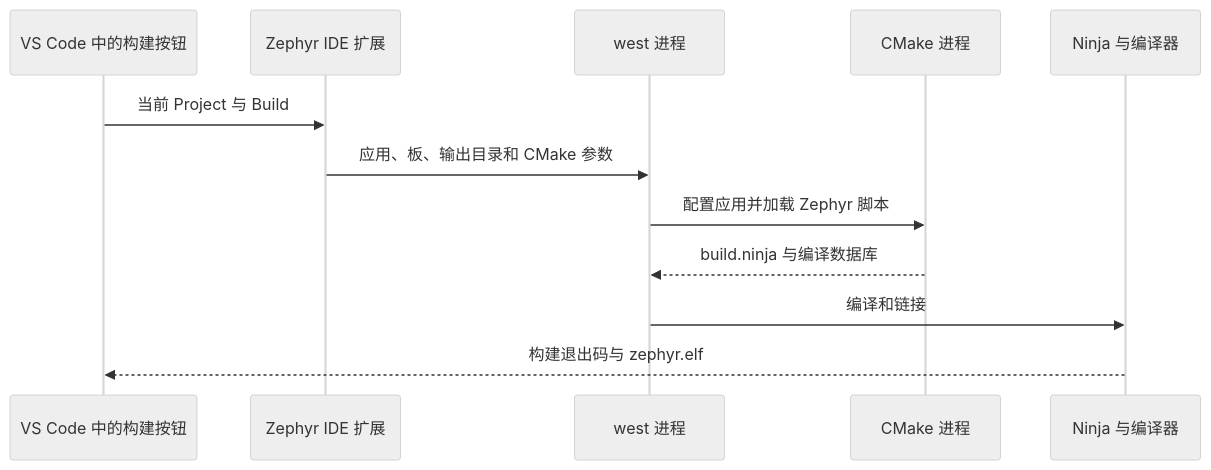
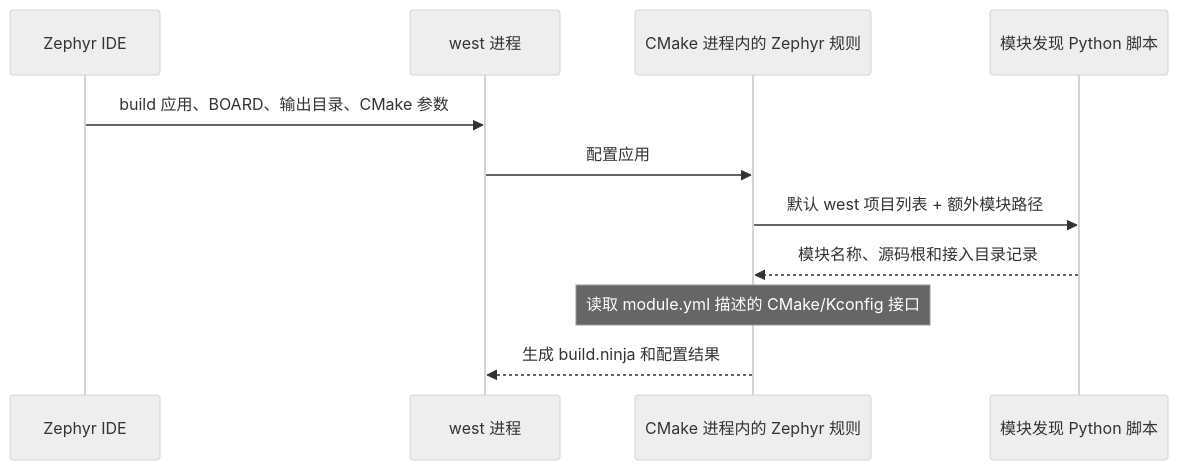
The second of 2 diagrams in learning/zephyr_vscode/P001_VSCode_Zephyr_IDE接入已有工程_Windows.md (FormingSystem/zephyr_hc32f4a0), drawn with Mermaid (neutral theme) before and after one commit. The commit also changed other lines of this file and 475 other files, not shown here.

First line of the commit message:
content(learning/zephyr-ide): 按原生工程输入讲清插件的从零使用流程

````diff
--- a/learning/zephyr_vscode/P001_VSCode_Zephyr_IDE接入已有工程_Windows.md
+++ b/learning/zephyr_vscode/P001_VSCode_Zephyr_IDE接入已有工程_Windows.md
@@ -427,14 +476,13 @@
 ```mermaid
 sequenceDiagram
-    participant U as VS Code 中的构建按钮
-    participant I as Zephyr IDE 扩展
+    participant I as Zephyr IDE
     participant W as west 进程
-    participant C as CMake 进程
-    participant N as Ninja 与编译器
-    U->>I: 当前 Project 与 Build
-    I->>W: 应用、板、输出目录和 CMake 参数
-    W->>C: 配置应用并加载 Zephyr 脚本
-    C-->>W: build.ninja 与编译数据库
-    W->>N: 编译和链接
-    N-->>U: 构建退出码与 zephyr.elf
+    participant C as CMake 进程内的 Zephyr 规则
+    participant P as 模块发现 Python 脚本
+    I->>W: build 应用、BOARD、输出目录、CMake 参数
+    W->>C: 配置应用
+    C->>P: 默认 west 项目列表 + 额外模块路径
+    P-->>C: 模块名称、源码根和接入目录记录
+    Note over C: 读取 module.yml 描述的 CMake/Kconfig 接口
+    C-->>W: 生成 build.ninja 和配置结果
 ```
````
